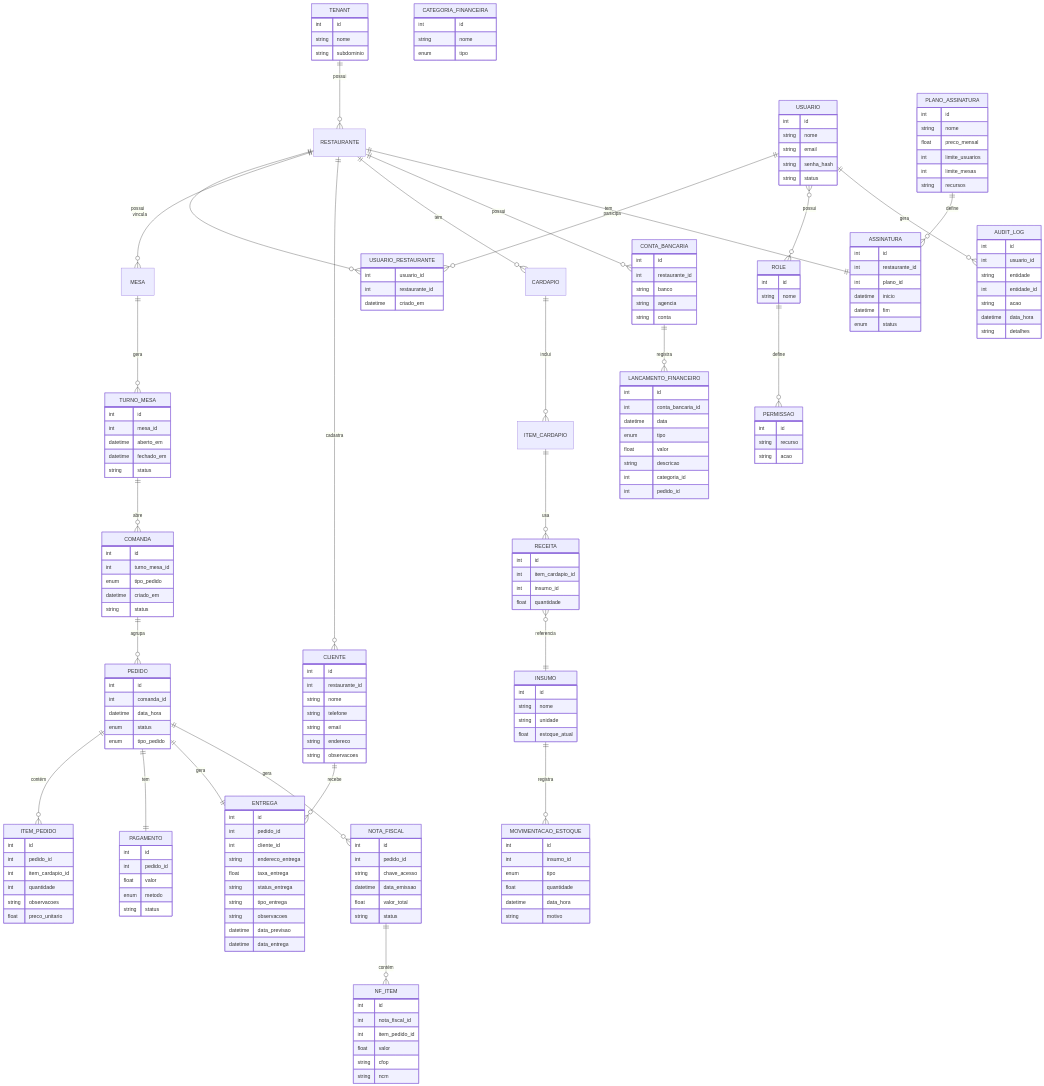
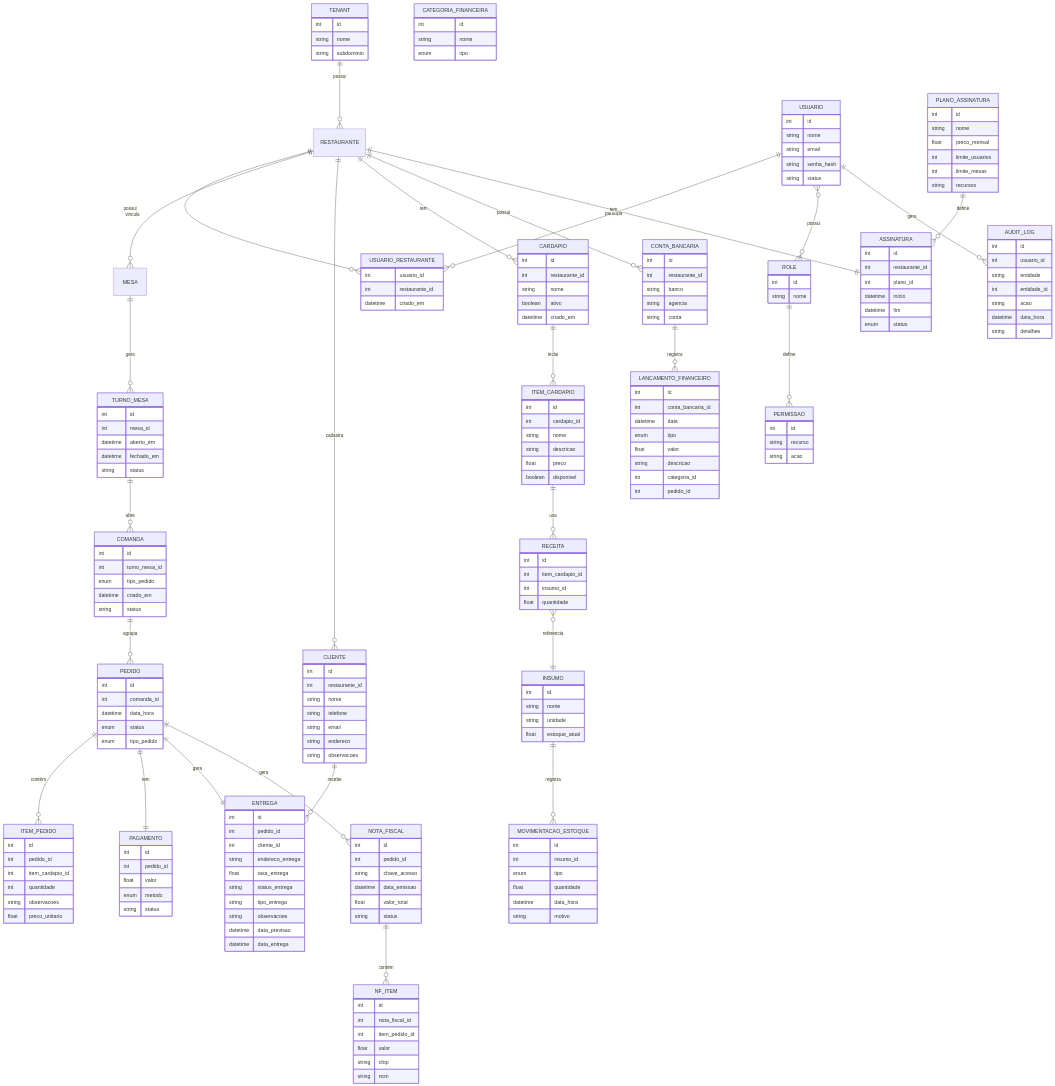
Before and after one commit to norwalneto/MesaPro-Backend: the diagram in README.md, drawn with Mermaid.

```diff
--- a/README.md
+++ b/README.md
@@ -117,6 +117,21 @@
     CARDAPIO ||--o{ ITEM_CARDAPIO : inclui
     ITEM_CARDAPIO ||--o{ RECEITA : usa
     RECEITA }o--|| INSUMO : referencia
+     CARDAPIO {
+        int id
+        int restaurante_id
+        string nome
+        boolean ativo
+        datetime criado_em
+    }
+    ITEM_CARDAPIO {
+        int id
+        int cardapio_id
+        string nome
+        string descricao
+        float preco
+        boolean disponivel
+    }
     RECEITA {
         int id
         int item_cardapio_id
```
